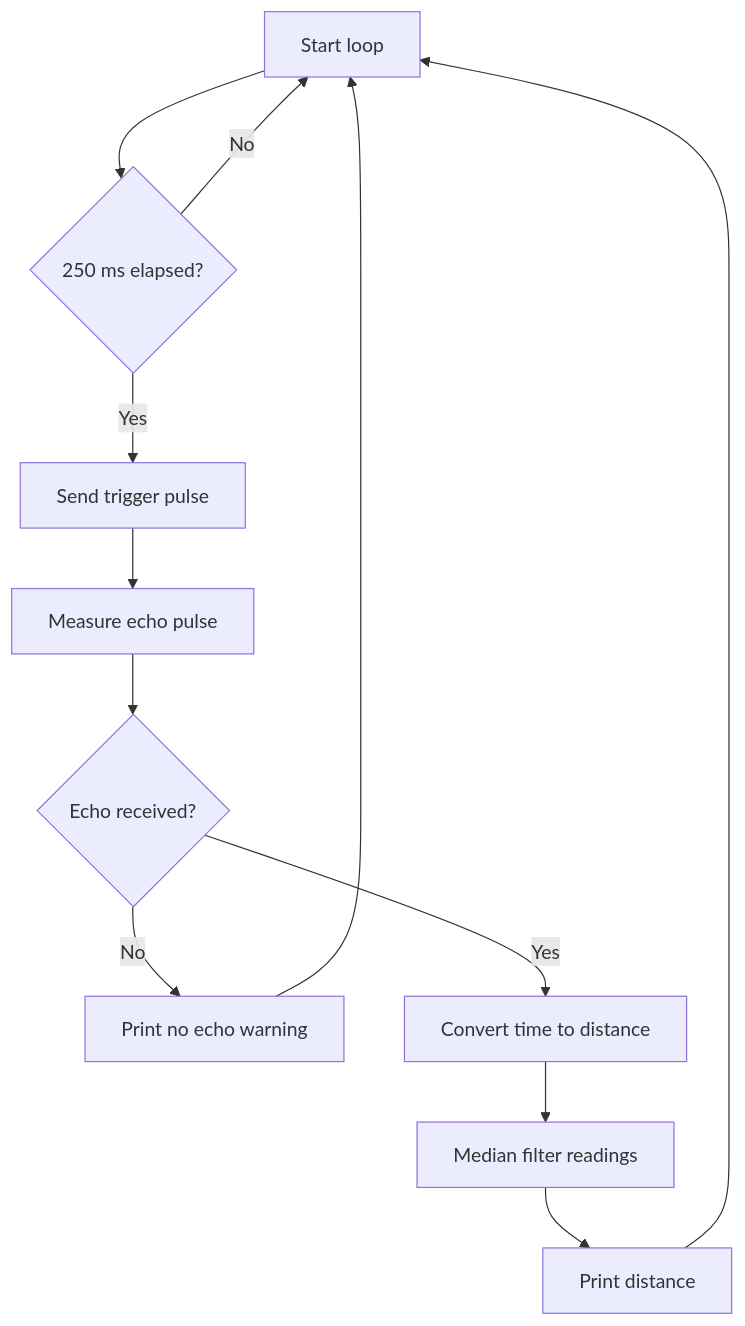
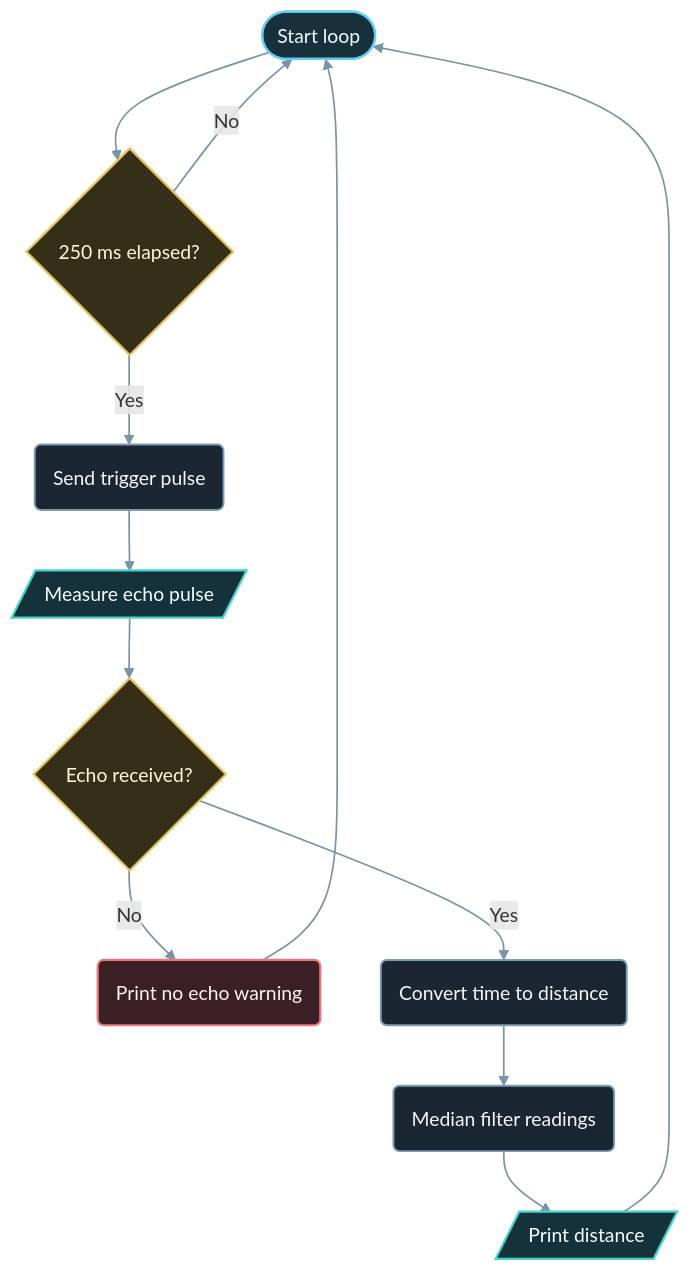
Before and after one commit to ProAmineOfficial/NanoKit-ESP32: the diagram in examples_on_platformio/ultrasonic_distance/docs/Implementation_Guide.md, drawn with Mermaid. The commit also changed 15 other files, not shown here.

Commit message:
docs: apply semantic Mermaid styling

````diff
--- a/examples_on_platformio/ultrasonic_distance/docs/Implementation_Guide.md
+++ b/examples_on_platformio/ultrasonic_distance/docs/Implementation_Guide.md
@@ -16,14 +16,26 @@
 ```mermaid
 flowchart TD
-  A[Start loop] --> B{250 ms elapsed?}
+  A([Start loop]) --> B{250 ms elapsed?}
   B -- No --> A
-  B -- Yes --> C[Send trigger pulse]
-  C --> D[Measure echo pulse]
+  B -- Yes --> C(Send trigger pulse)
+  C --> D[/Measure echo pulse/]
   D --> E{Echo received?}
-  E -- No --> F[Print no echo warning]
-  E -- Yes --> G[Convert time to distance]
-  G --> H[Median filter readings]
-  H --> I[Print distance]
+  E -- No --> F(Print no echo warning)
+  E -- Yes --> G(Convert time to distance)
+  G --> H(Median filter readings)
+  H --> I[/Print distance/]
   F --> A
   I --> A
+
+  classDef start fill:#17303b,stroke:#61cef3,stroke-width:1.8px,color:#f3fbff
+  classDef process fill:#1a2631,stroke:#7b9bb0,stroke-width:1.6px,color:#f4f8fb
+  classDef decision fill:#362f18,stroke:#e0c45b,stroke-width:1.8px,color:#fff9de
+  classDef io fill:#15313c,stroke:#43d5ca,stroke-width:1.8px,color:#f3fffd
+  classDef safety fill:#3a2025,stroke:#ef747d,stroke-width:1.8px,color:#fff3f4
+  class A start
+  class B,E decision
+  class C,G,H process
+  class D,I io
+  class F safety
+  linkStyle default stroke:#7894a5,stroke-width:1.4px
 ```
````
